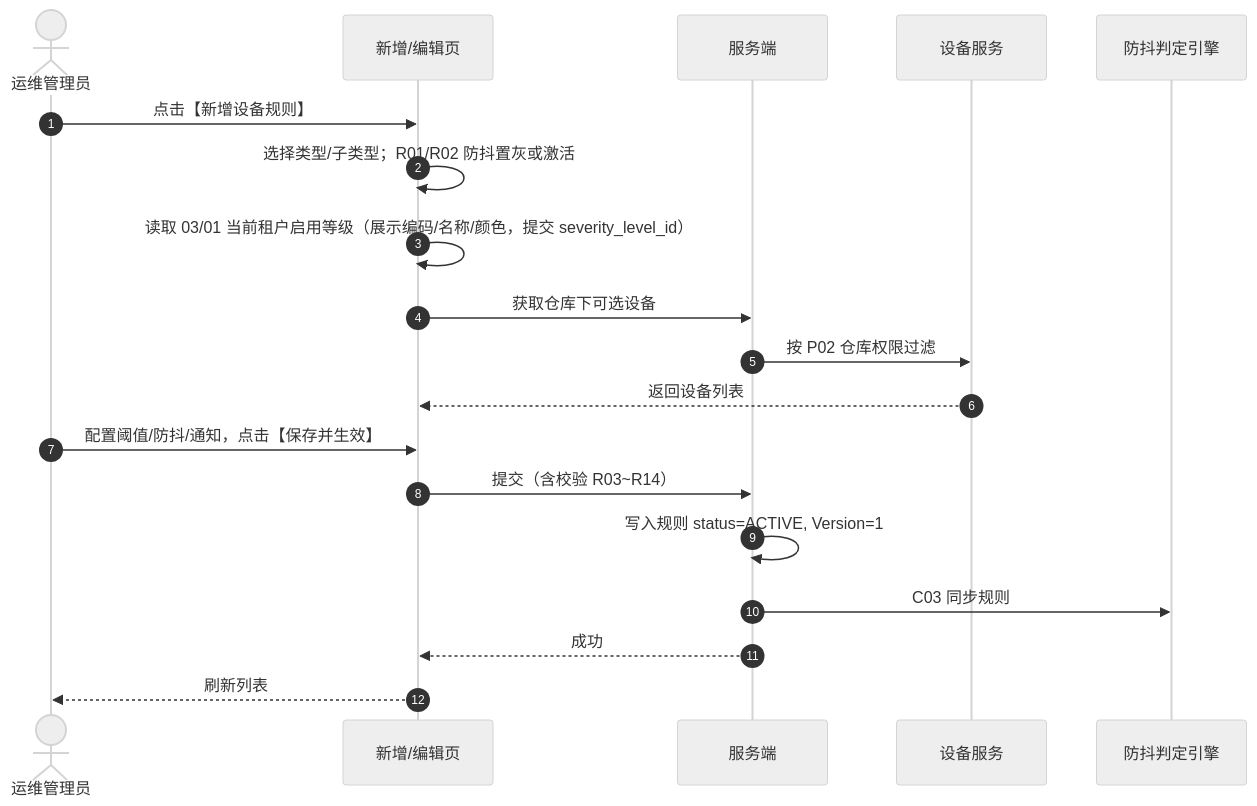
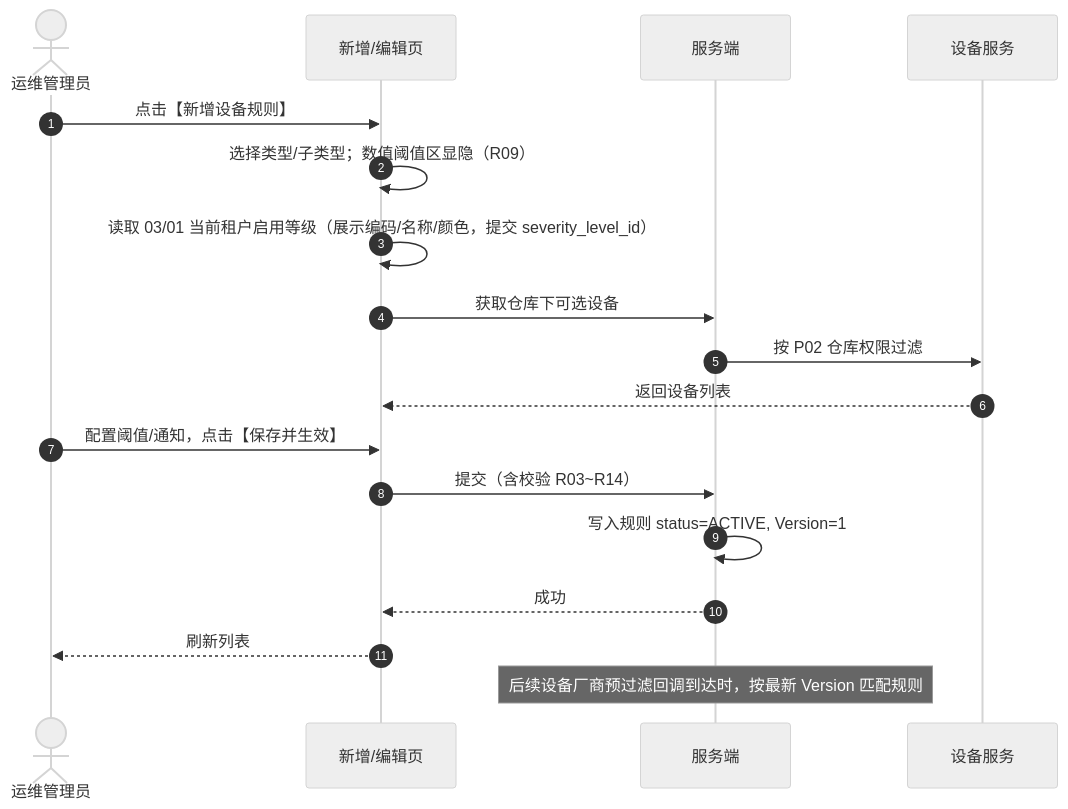
One commit to RobertHuang999/SYZC changed the second of 4 diagrams in 02-PRD文档/B-迭代需求/6.2版本（2026.08）/03-预警配置/02设备预警配置/设备预警配置业务规则规格.md. Above: the diagram before and after it, drawn with Mermaid (neutral theme). The commit also changed other lines of this file and 121 other files, not shown here.

````diff
--- a/02-PRD文档/B-迭代需求/6.2版本（2026.08）/03-预警配置/02设备预警配置/设备预警配置业务规则规格.md
+++ b/02-PRD文档/B-迭代需求/6.2版本（2026.08）/03-预警配置/02设备预警配置/设备预警配置业务规则规格.md
@@ -322,22 +303,21 @@
 ```mermaid
 sequenceDiagram
     autonumber
     actor Admin as 运维管理员
     participant FE as 新增/编辑页
     participant API as 服务端
     participant DEV as 设备服务
-    participant ENGINE as 防抖判定引擎
 
     Admin->>FE: 点击【新增设备规则】
-    FE->>FE: 选择类型/子类型；R01/R02 防抖置灰或激活
+    FE->>FE: 选择类型/子类型；数值阈值区显隐（R09）
     FE->>FE: 读取 03/01 当前租户启用等级（展示编码/名称/颜色，提交 severity_level_id）
     FE->>API: 获取仓库下可选设备
     API->>DEV: 按 P02 仓库权限过滤
     DEV-->>FE: 返回设备列表
-    Admin->>FE: 配置阈值/防抖/通知，点击【保存并生效】
+    Admin->>FE: 配置阈值/通知，点击【保存并生效】
     FE->>API: 提交（含校验 R03~R14）
     API->>API: 写入规则 status=ACTIVE, Version=1
-    API->>ENGINE: C03 同步规则
     API-->>FE: 成功
     FE-->>Admin: 刷新列表
+    Note over API: 后续设备厂商预过滤回调到达时，按最新 Version 匹配规则
 ```
````
